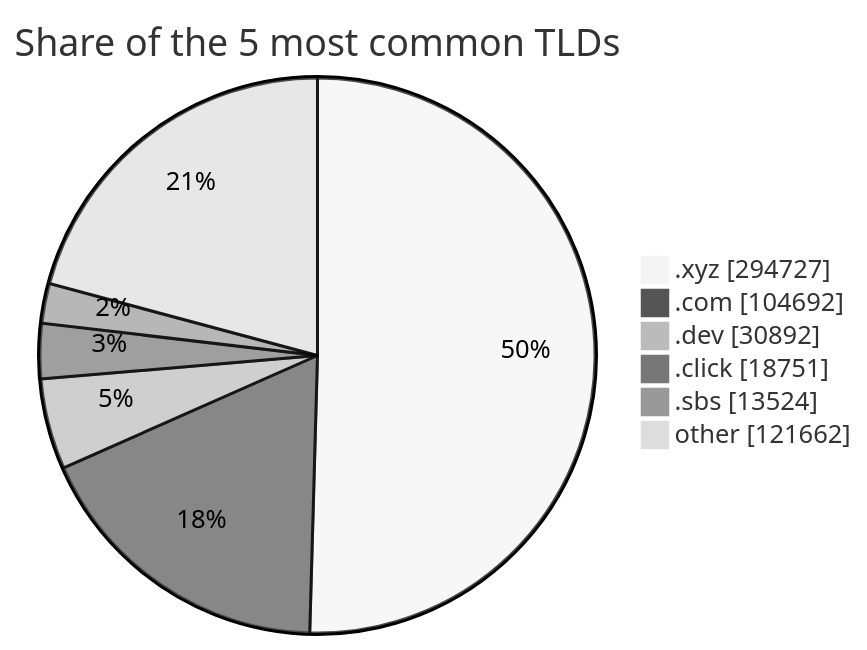
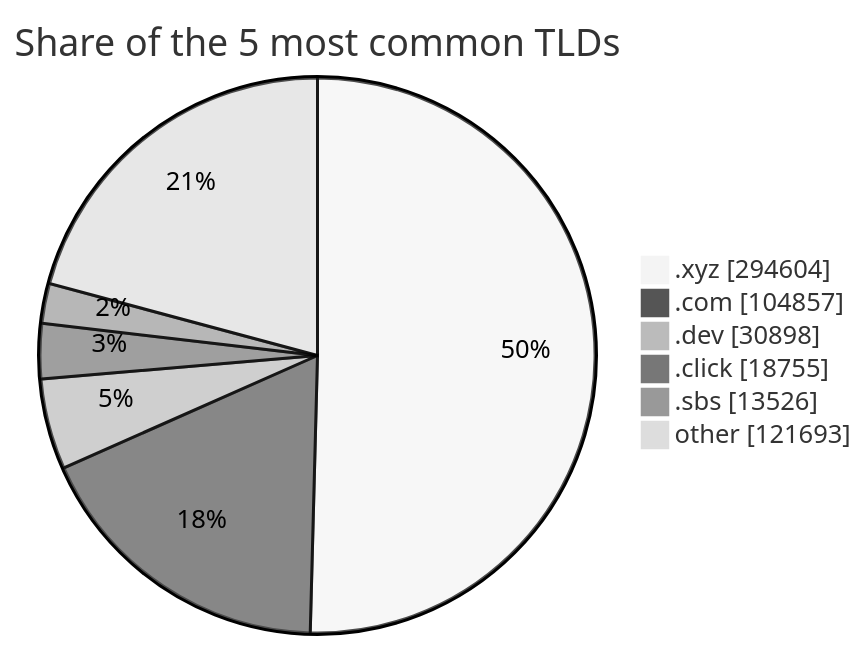
The third of 3 diagrams in README.md (DNSBunker/CTI), drawn with Mermaid (neutral theme) before and after one commit. The commit also changed other lines of this file and 3 other files, not shown here.

````diff
--- a/README.md
+++ b/README.md
@@ -81,9 +81,9 @@
 ```mermaid
 pie showData title Share of the 5 most common TLDs
-    ".xyz" : 294727
-    ".com" : 104692
-    ".dev" : 30892
-    ".click" : 18751
-    ".sbs" : 13524
-    "other" : 121662
+    ".xyz" : 294604
+    ".com" : 104857
+    ".dev" : 30898
+    ".click" : 18755
+    ".sbs" : 13526
+    "other" : 121693
 ```
````
